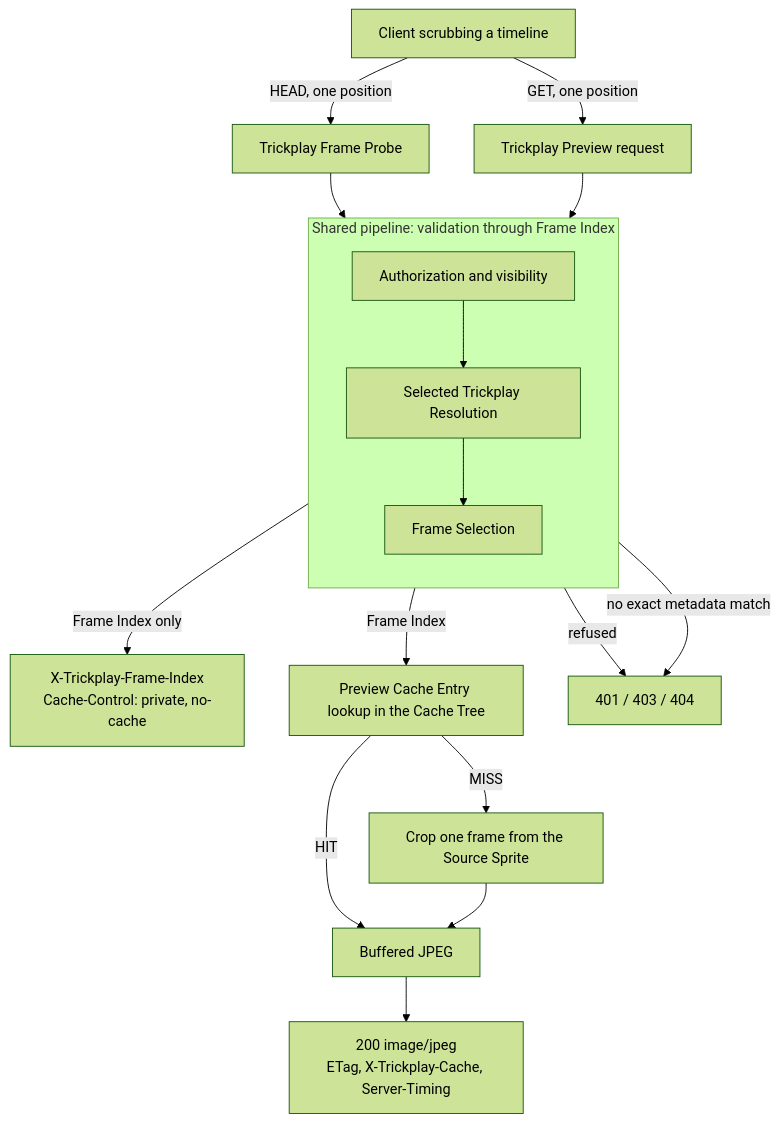
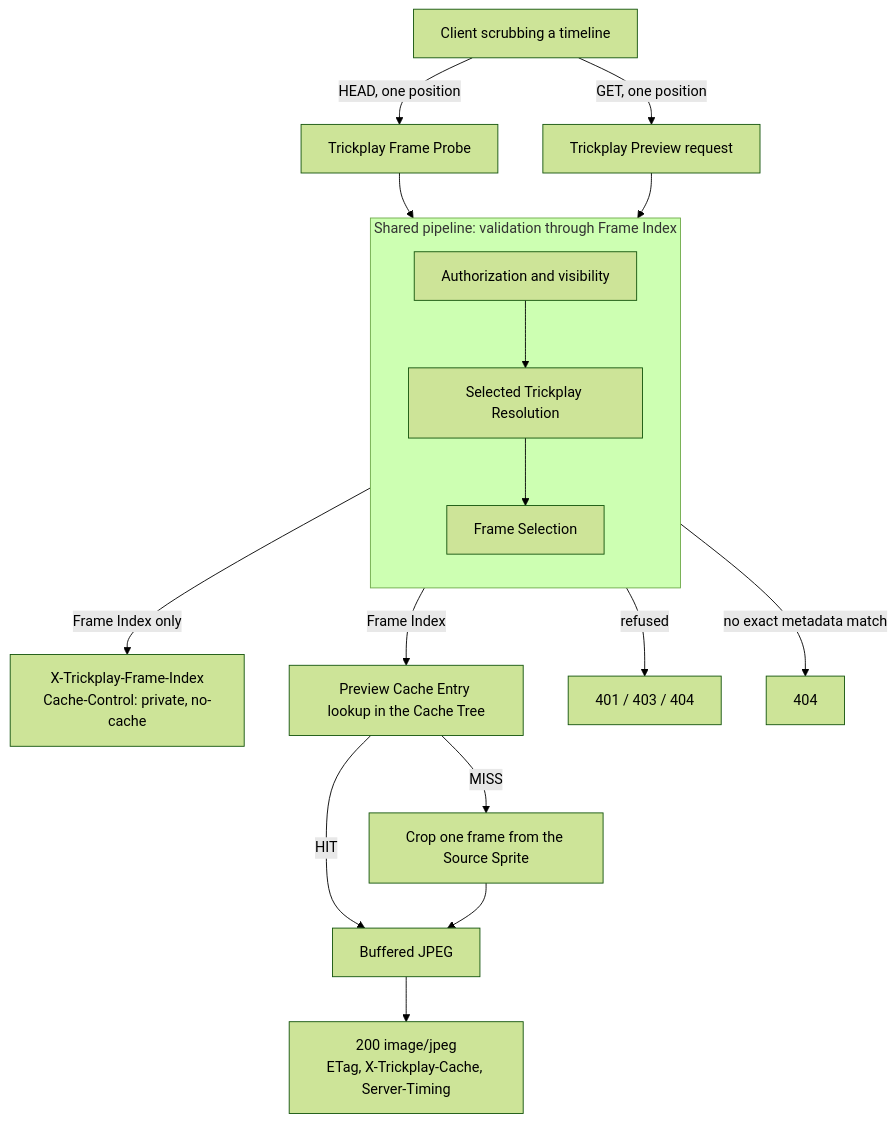
Before and after one commit to xiakeng/trickplay-cropper: the diagram in docs/business/lifecycle/README.md, drawn with Mermaid (forest theme). The commit also changed other lines of this file and 10 other files, not shown here.

````diff
--- a/docs/business/lifecycle/README.md
+++ b/docs/business/lifecycle/README.md
@@ -20,26 +20,26 @@
 ```mermaid
 flowchart TD
     Client["Client scrubbing a timeline"]
 
     Client -->|"HEAD, one position"| Probe["Trickplay Frame Probe"]
     Client -->|"GET, one position"| Request["Trickplay Preview request"]
 
     Probe --> Pipeline
     Request --> Pipeline
 
     subgraph Pipeline["Shared pipeline: validation through Frame Index"]
         direction TB
         Auth["Authorization and visibility"] --> Resolution["Selected Trickplay Resolution"]
         Resolution --> Selection["Frame Selection"]
     end
 
     Selection -->|"Frame Index only"| ProbeAnswer["X-Trickplay-Frame-Index<br/>Cache-Control: private, no-cache"]
     Selection -->|"Frame Index"| Cache["Preview Cache Entry lookup in the Cache Tree"]
     Cache -->|"HIT"| Buffer["Buffered JPEG"]
     Cache -->|"MISS"| Generate["Crop one frame from the Source Sprite"]
     Generate --> Buffer
     Buffer --> Answer["200 image/jpeg<br/>ETag, X-Trickplay-Cache, Server-Timing"]
 
-    Auth -->|"refused"| Refused["401 / 403 / 404"]
-    Resolution -->|"no exact metadata match"| Refused
+    Auth -->|"refused"| RefusedAuth["401 / 403 / 404"]
+    Resolution -->|"no exact metadata match"| RefusedResolution["404"]
 ```
````
